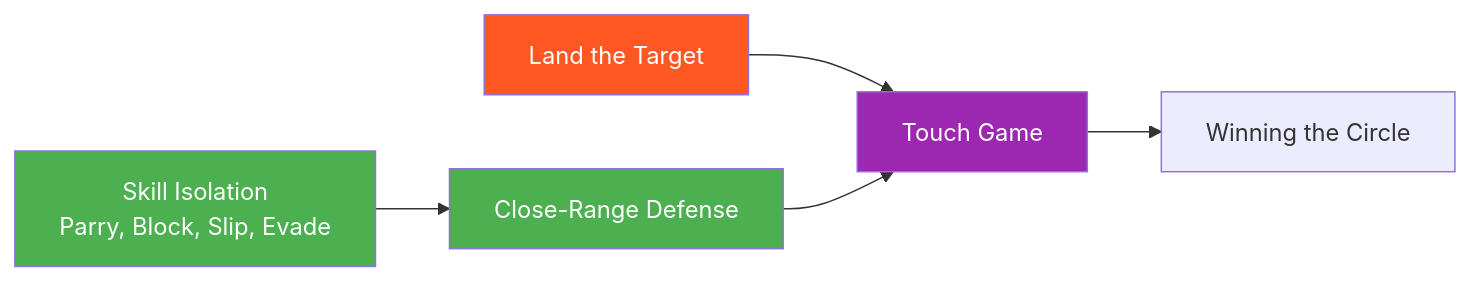
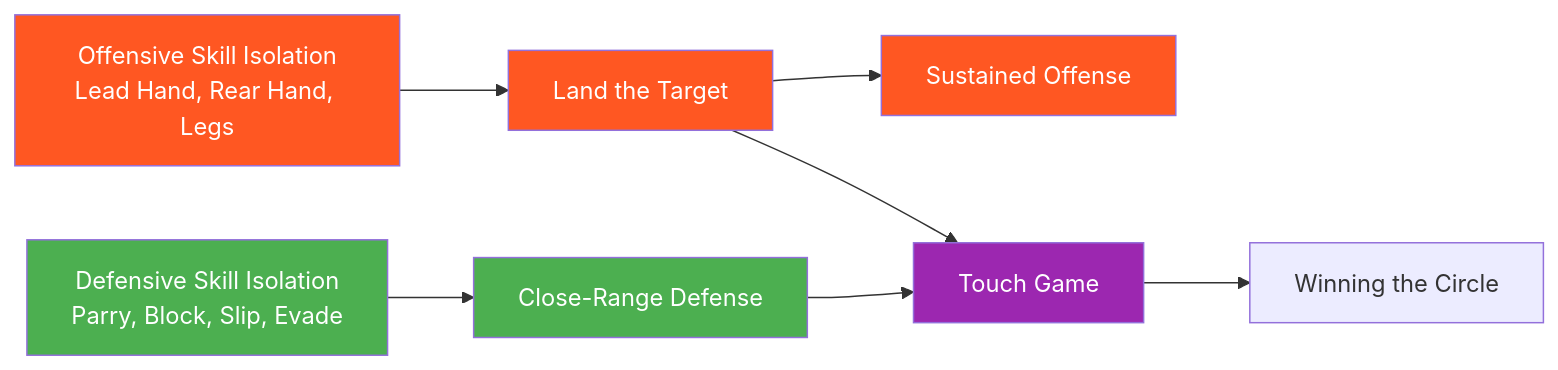
One commit to ACalienes/Ecological-MMA-Game-System changed the third of 5 diagrams in docs/system/map.md. Above: the diagram before and after it, drawn with Mermaid. The commit also changed other lines of this file and 24 other files, not shown here.

First line of the commit message:
Expand system to 31 games with full offensive/defensive symmetry

````diff
--- a/docs/system/map.md
+++ b/docs/system/map.md
@@ -154,12 +208,16 @@
 ```mermaid
 flowchart LR
-    A[Skill Isolation<br/>Parry, Block, Slip, Evade] --> B[Close-Range Defense]
-    C[Land the Target] --> D[Touch Game]
-    B --> D
-    D --> E[Winning the Circle]
+    A[Defensive Skill Isolation<br/>Parry, Block, Slip, Evade] --> B[Close-Range Defense]
+    C[Offensive Skill Isolation<br/>Lead Hand, Rear Hand, Legs] --> D[Land the Target]
+    D --> E[Sustained Offense]
+    B --> F[Touch Game]
+    D --> F
+    F --> G[Winning the Circle]
 
     style A fill:#4CAF50,color:#fff
     style B fill:#4CAF50,color:#fff
     style C fill:#FF5722,color:#fff
-    style D fill:#9C27B0,color:#fff
+    style D fill:#FF5722,color:#fff
+    style E fill:#FF5722,color:#fff
+    style F fill:#9C27B0,color:#fff
 ```
````
